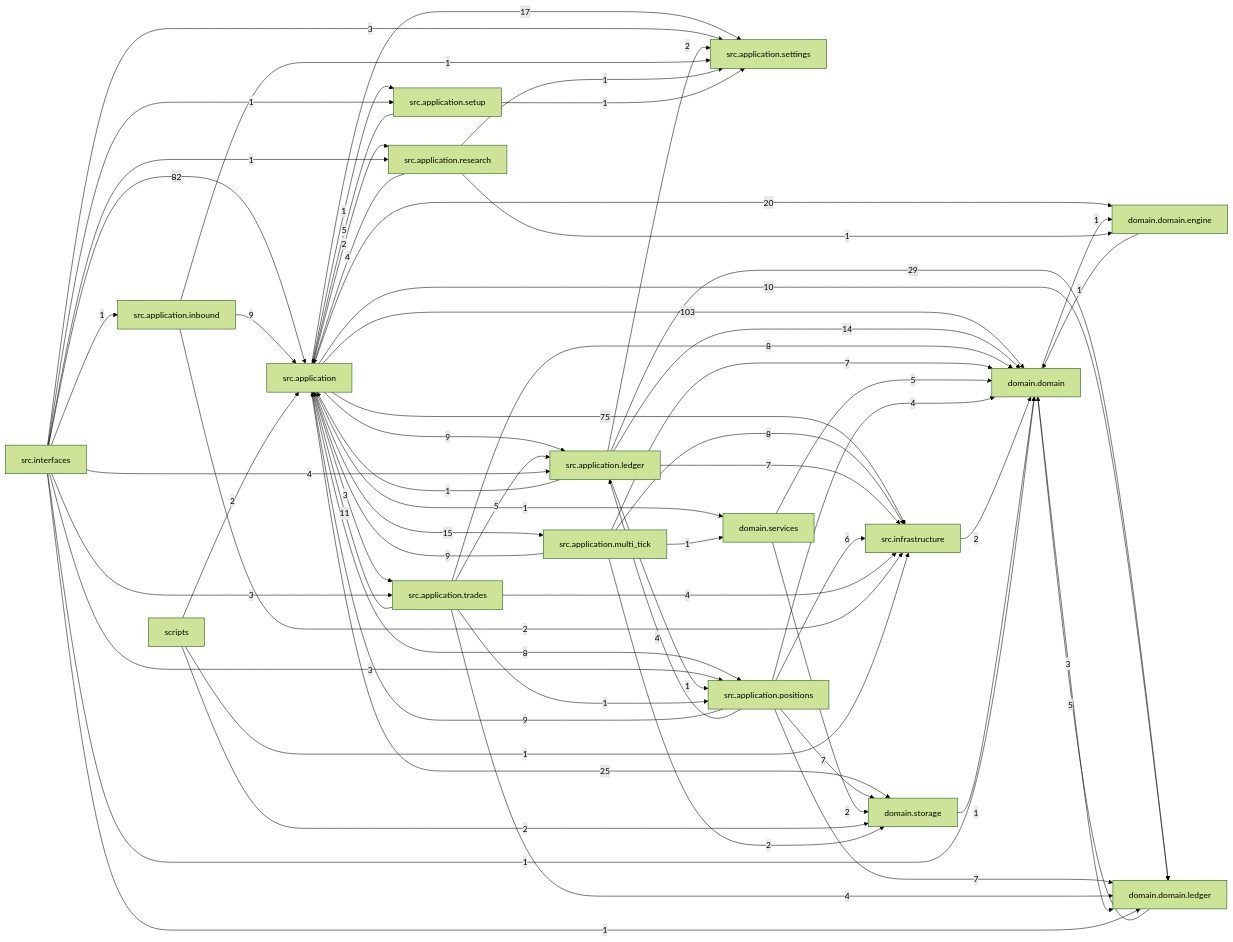
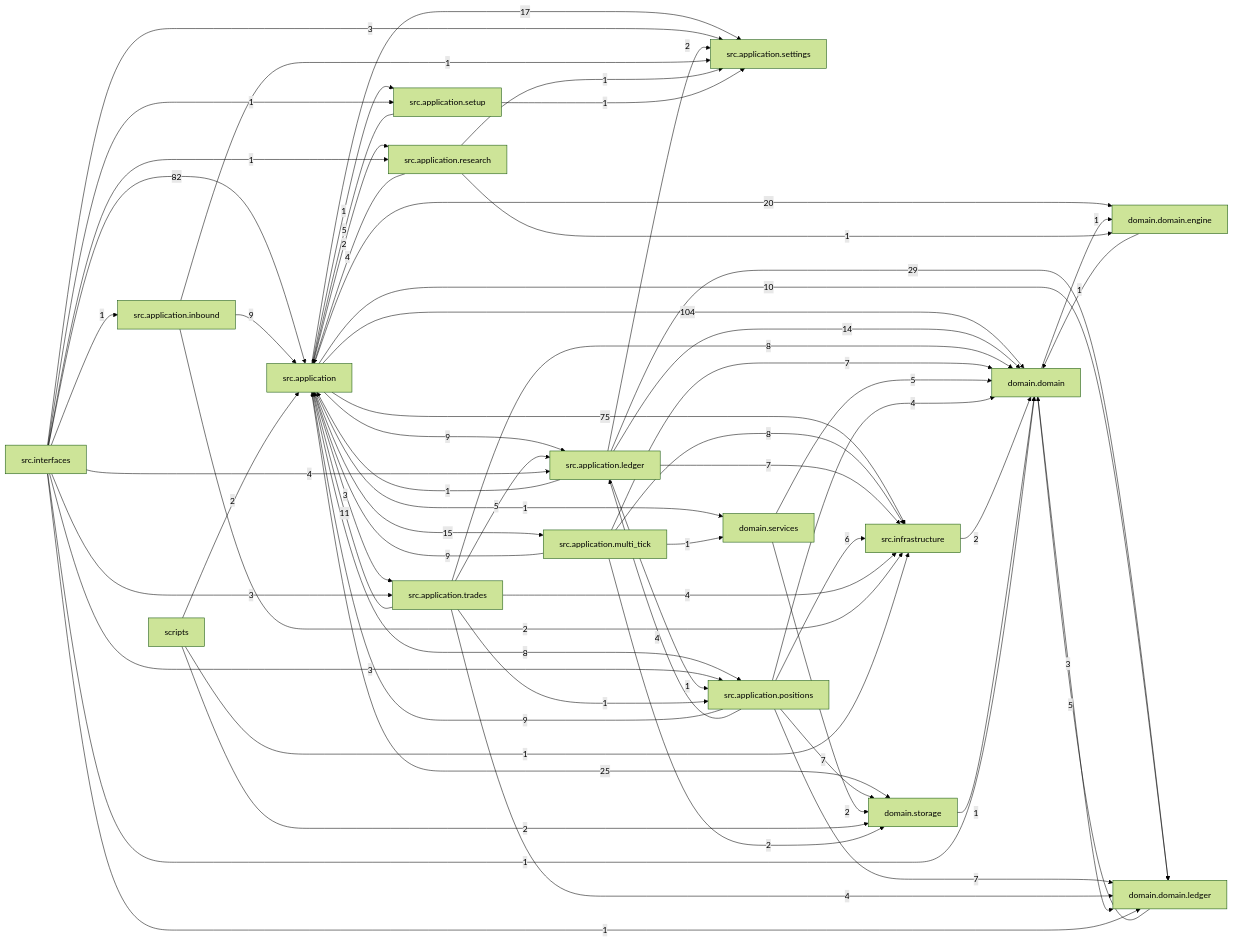
One commit to liuxie066/options-monitor changed the diagram in docs/dependency_graph.mmd. Above: the diagram before and after it, drawn with Mermaid (forest theme). The commit also changed 18 other files, not shown here.

```diff
--- a/docs/dependency_graph.mmd
+++ b/docs/dependency_graph.mmd
@@ -1,66 +1,66 @@
 flowchart LR
-  src_application["src.application"] -->|103| domain_domain["domain.domain"]
+  src_application["src.application"] -->|104| domain_domain["domain.domain"]
   src_interfaces["src.interfaces"] -->|82| src_application["src.application"]
   src_application["src.application"] -->|75| src_infrastructure["src.infrastructure"]
   src_application_ledger["src.application.ledger"] -->|29| domain_domain_ledger["domain.domain.ledger"]
   src_application["src.application"] -->|25| domain_storage["domain.storage"]
   src_application["src.application"] -->|20| domain_domain_engine["domain.domain.engine"]
   src_application["src.application"] -->|17| src_application_settings["src.application.settings"]
   src_application["src.application"] -->|15| src_application_multi_tick["src.application.multi_tick"]
   src_application_ledger["src.application.ledger"] -->|14| domain_domain["domain.domain"]
   src_application_trades["src.application.trades"] -->|11| src_application["src.application"]
   src_application["src.application"] -->|10| domain_domain_ledger["domain.domain.ledger"]
   src_application["src.application"] -->|9| src_application_ledger["src.application.ledger"]
   src_application_inbound["src.application.inbound"] -->|9| src_application["src.application"]
   src_application_multi_tick["src.application.multi_tick"] -->|9| src_application["src.application"]
   src_application_positions["src.application.positions"] -->|9| src_application["src.application"]
   src_application["src.application"] -->|8| src_application_positions["src.application.positions"]
   src_application_multi_tick["src.application.multi_tick"] -->|8| src_infrastructure["src.infrastructure"]
   src_application_trades["src.application.trades"] -->|8| domain_domain["domain.domain"]
   src_application_ledger["src.application.ledger"] -->|7| src_infrastructure["src.infrastructure"]
   src_application_multi_tick["src.application.multi_tick"] -->|7| domain_domain["domain.domain"]
   src_application_positions["src.application.positions"] -->|7| domain_domain_ledger["domain.domain.ledger"]
   src_application_positions["src.application.positions"] -->|7| domain_storage["domain.storage"]
   src_application_positions["src.application.positions"] -->|6| src_infrastructure["src.infrastructure"]
   domain_domain_ledger["domain.domain.ledger"] -->|5| domain_domain["domain.domain"]
   domain_services["domain.services"] -->|5| domain_domain["domain.domain"]
   src_application_setup["src.application.setup"] -->|5| src_application["src.application"]
   src_application_trades["src.application.trades"] -->|5| src_application_ledger["src.application.ledger"]
   src_application_positions["src.application.positions"] -->|4| domain_domain["domain.domain"]
   src_application_positions["src.application.positions"] -->|4| src_application_ledger["src.application.ledger"]
   src_application_research["src.application.research"] -->|4| src_application["src.application"]
   src_application_trades["src.application.trades"] -->|4| domain_domain_ledger["domain.domain.ledger"]
   src_application_trades["src.application.trades"] -->|4| src_infrastructure["src.infrastructure"]
   src_interfaces["src.interfaces"] -->|4| src_application_ledger["src.application.ledger"]
   domain_domain["domain.domain"] -->|3| domain_domain_ledger["domain.domain.ledger"]
   src_application["src.application"] -->|3| src_application_trades["src.application.trades"]
   src_interfaces["src.interfaces"] -->|3| src_application_positions["src.application.positions"]
   src_interfaces["src.interfaces"] -->|3| src_application_settings["src.application.settings"]
   src_interfaces["src.interfaces"] -->|3| src_application_trades["src.application.trades"]
   domain_services["domain.services"] -->|2| domain_storage["domain.storage"]
   scripts["scripts"] -->|2| domain_storage["domain.storage"]
   scripts["scripts"] -->|2| src_application["src.application"]
   src_application["src.application"] -->|2| src_application_research["src.application.research"]
   src_application_inbound["src.application.inbound"] -->|2| src_infrastructure["src.infrastructure"]
   src_application_ledger["src.application.ledger"] -->|2| src_application_settings["src.application.settings"]
   src_application_multi_tick["src.application.multi_tick"] -->|2| domain_storage["domain.storage"]
   src_infrastructure["src.infrastructure"] -->|2| domain_domain["domain.domain"]
   domain_domain["domain.domain"] -->|1| domain_domain_engine["domain.domain.engine"]
   domain_domain_engine["domain.domain.engine"] -->|1| domain_domain["domain.domain"]
   domain_storage["domain.storage"] -->|1| domain_domain["domain.domain"]
   scripts["scripts"] -->|1| src_infrastructure["src.infrastructure"]
   src_application["src.application"] -->|1| domain_services["domain.services"]
   src_application["src.application"] -->|1| src_application_setup["src.application.setup"]
   src_application_inbound["src.application.inbound"] -->|1| src_application_settings["src.application.settings"]
   src_application_ledger["src.application.ledger"] -->|1| src_application["src.application"]
   src_application_ledger["src.application.ledger"] -->|1| src_application_positions["src.application.positions"]
   src_application_multi_tick["src.application.multi_tick"] -->|1| domain_services["domain.services"]
   src_application_research["src.application.research"] -->|1| domain_domain_engine["domain.domain.engine"]
   src_application_research["src.application.research"] -->|1| src_application_settings["src.application.settings"]
   src_application_setup["src.application.setup"] -->|1| src_application_settings["src.application.settings"]
   src_application_trades["src.application.trades"] -->|1| src_application_positions["src.application.positions"]
   src_interfaces["src.interfaces"] -->|1| domain_domain["domain.domain"]
   src_interfaces["src.interfaces"] -->|1| domain_domain_ledger["domain.domain.ledger"]
   src_interfaces["src.interfaces"] -->|1| src_application_inbound["src.application.inbound"]
   src_interfaces["src.interfaces"] -->|1| src_application_research["src.application.research"]
   src_interfaces["src.interfaces"] -->|1| src_application_setup["src.application.setup"]
```
